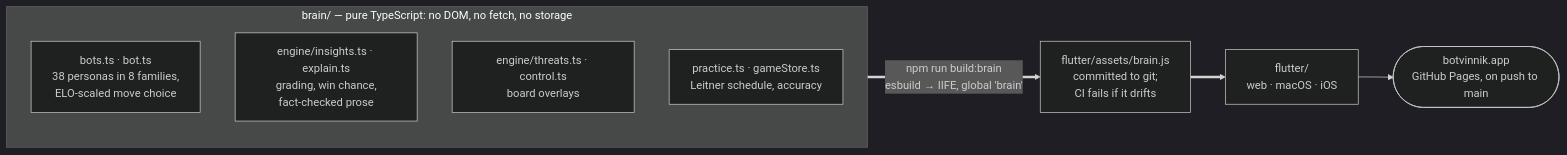
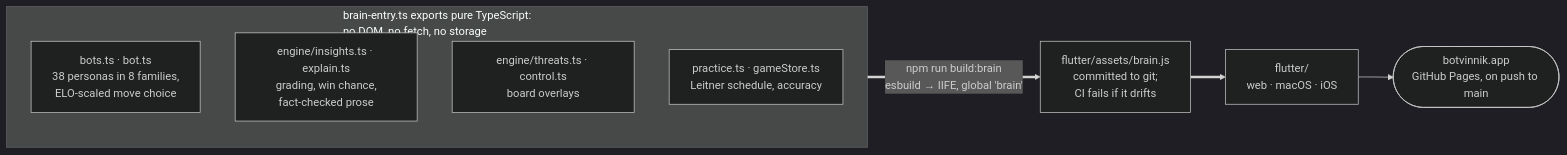
Before and after one commit to quadrismegistus/botvinnik: the diagram in README.md, drawn with Mermaid (dark theme). The commit also changed other lines of this file, not shown here.

````diff
--- a/README.md
+++ b/README.md
@@ -102,13 +105,13 @@
 ```mermaid
 flowchart LR
-    subgraph BRAIN["brain/ — pure TypeScript: no DOM, no fetch, no storage"]
+    subgraph BRAIN["brain-entry.ts exports pure TypeScript:<br/>no DOM, no fetch, no storage"]
         R["bots.ts · bot.ts<br/>38 personas in 8 families,<br/>ELO-scaled move choice"]
         G["engine/insights.ts · explain.ts<br/>grading, win chance,<br/>fact-checked prose"]
         O["engine/threats.ts · control.ts<br/>board overlays"]
         P["practice.ts · gameStore.ts<br/>Leitner schedule, accuracy"]
     end
 
     BRAIN ==>|"npm run build:brain<br/>esbuild → IIFE, global 'brain'"| BUNDLE["flutter/assets/brain.js<br/>committed to git;<br/>CI fails if it drifts"]
     BUNDLE ==> FLUTTER["flutter/<br/>web · macOS · iOS"]
     FLUTTER --> WEB(["botvinnik.app<br/>GitHub Pages, on push to main"])
 ```
````
